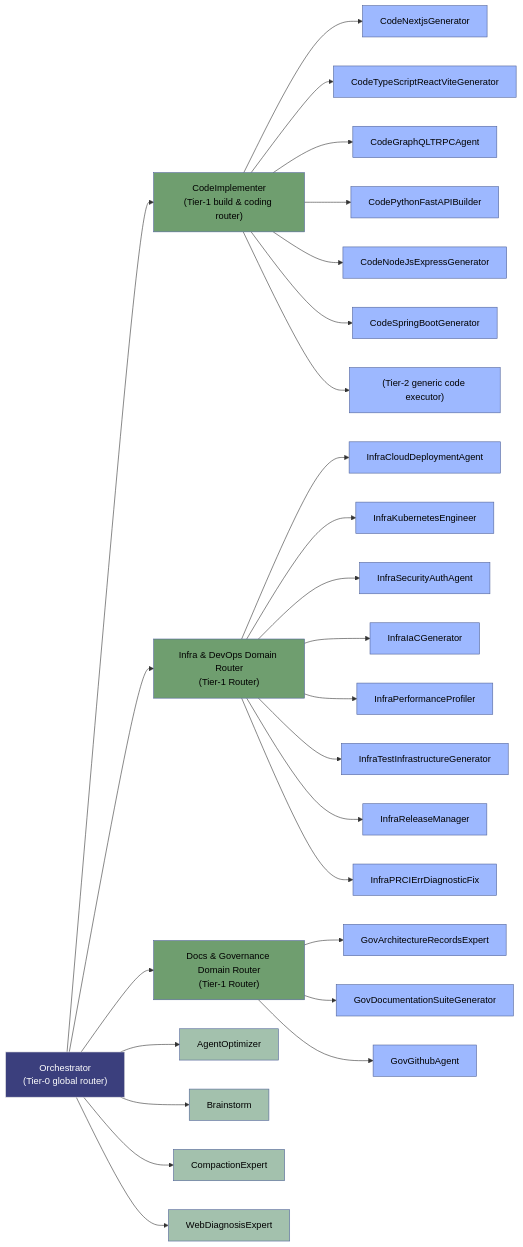
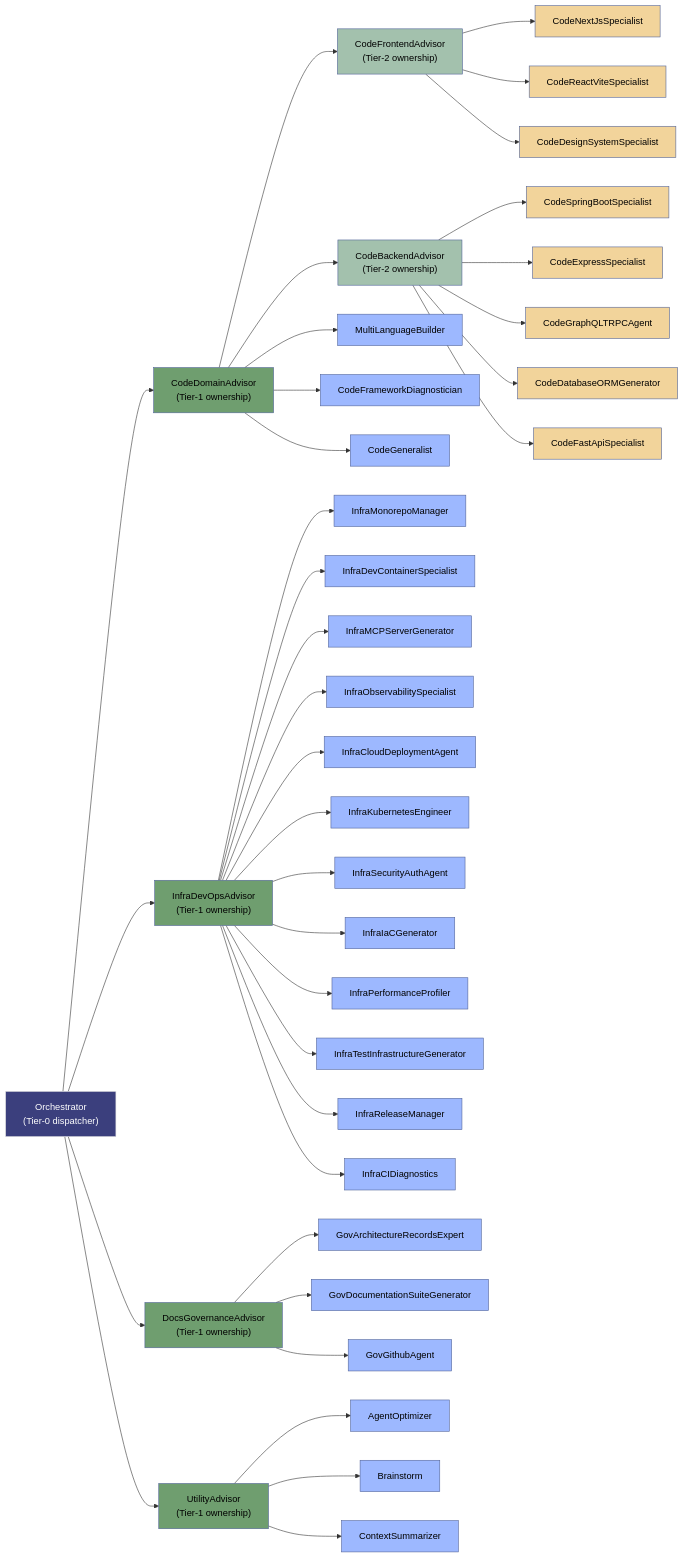
Before and after one commit to UtopikPrompt/agents: the second of 2 diagrams in README.md, drawn with Mermaid. The commit also changed other lines of this file and 30 other files, not shown here.

````diff
--- a/README.md
+++ b/README.md
@@ -22,42 +52,56 @@
 ```mermaid
 flowchart LR
-    O["Orchestrator<br/>(Tier-0 global router)"]
-    O --> CodeImplementer["CodeImplementer<br/>(Tier-1 build & coding router)"]
-    O --> InfraDevOpsDomainRouter["Infra & DevOps Domain Router<br/>(Tier-1 Router)"]
-    O --> DocsGovernanceDomainRouter["Docs & Governance Domain Router<br/>(Tier-1 Router)"]
-    O --> AgentOptimizer["AgentOptimizer"]
-    O --> Brainstorm["Brainstorm"]
-    O --> CompactionExpert["CompactionExpert"]
-    O --> WebDiagnosisExpert["WebDiagnosisExpert"]
+    O["Orchestrator<br/>(Tier-0 dispatcher)"]
+    O --> CodeDomainAdvisor["CodeDomainAdvisor<br/>(Tier-1 ownership)"]
+    O --> InfraDevOpsAdvisor["InfraDevOpsAdvisor<br/>(Tier-1 ownership)"]
+    O --> DocsGovernanceAdvisor["DocsGovernanceAdvisor<br/>(Tier-1 ownership)"]
+    O --> UtilityAdvisor["UtilityAdvisor<br/>(Tier-1 ownership)"]
+    CodeDomainAdvisor --> CodeFrontendAdvisor["CodeFrontendAdvisor<br/>(Tier-2 ownership)"]
+    CodeDomainAdvisor --> CodeBackendAdvisor["CodeBackendAdvisor<br/>(Tier-2 ownership)"]
+    CodeDomainAdvisor --> MultiLanguageBuilder["MultiLanguageBuilder"]
+    CodeDomainAdvisor --> CodeFrameworkDiagnostician["CodeFrameworkDiagnostician"]
+    CodeDomainAdvisor --> CodeGeneralist["CodeGeneralist"]
 
-    CodeImplementer --> CodeNextjsGenerator["CodeNextjsGenerator"]
-    CodeImplementer --> CodeTypeScriptReactViteGenerator["CodeTypeScriptReactViteGenerator"]
-    CodeImplementer --> CodeGraphQLTRPCAgent["CodeGraphQLTRPCAgent"]
-    CodeImplementer --> CodePythonFastAPIBuilder["CodePythonFastAPIBuilder"]
-    CodeImplementer --> CodeNodeJsExpressGenerator["CodeNodeJsExpressGenerator"]
-    CodeImplementer --> CodeSpringBootGenerator["CodeSpringBootGenerator"]
-    CodeImplementer --> GenericExecutor["(Tier-2 generic code executor)"]
+    CodeFrontendAdvisor --> CodeNextJsSpecialist["CodeNextJsSpecialist"]
+    CodeFrontendAdvisor --> CodeReactViteSpecialist["CodeReactViteSpecialist"]
+    CodeFrontendAdvisor --> CodeDesignSystemSpecialist["CodeDesignSystemSpecialist"]
 
-    InfraDevOpsDomainRouter --> InfraCloudDeploymentAgent["InfraCloudDeploymentAgent"]
-    InfraDevOpsDomainRouter --> InfraKubernetesEngineer["InfraKubernetesEngineer"]
-    InfraDevOpsDomainRouter --> InfraSecurityAuthAgent["InfraSecurityAuthAgent"]
-    InfraDevOpsDomainRouter --> InfraIaCGenerator["InfraIaCGenerator"]
-    InfraDevOpsDomainRouter --> InfraPerformanceProfiler["InfraPerformanceProfiler"]
-    InfraDevOpsDomainRouter --> InfraTestInfrastructureGenerator["InfraTestInfrastructureGenerator"]
-    InfraDevOpsDomainRouter --> InfraReleaseManager["InfraReleaseManager"]
-    InfraDevOpsDomainRouter --> InfraPRCIErrDiagnosticFix["InfraPRCIErrDiagnosticFix"]
+    CodeBackendAdvisor --> CodeSpringBootSpecialist["CodeSpringBootSpecialist"]
+    CodeBackendAdvisor --> CodeExpressSpecialist["CodeExpressSpecialist"]
+    CodeBackendAdvisor --> CodeGraphQLTRPCAgent["CodeGraphQLTRPCAgent"]
+    CodeBackendAdvisor --> CodeDatabaseORMGenerator["CodeDatabaseORMGenerator"]
+    CodeBackendAdvisor --> CodeFastApiSpecialist["CodeFastApiSpecialist"]
 
-    DocsGovernanceDomainRouter --> GovArchitectureRecordsExpert["GovArchitectureRecordsExpert"]
-    DocsGovernanceDomainRouter --> GovDocumentationSuiteGenerator["GovDocumentationSuiteGenerator"]
-    DocsGovernanceDomainRouter --> GovGithubAgent["GovGithubAgent"]
+    InfraDevOpsAdvisor --> InfraMonorepoManager["InfraMonorepoManager"]
+    InfraDevOpsAdvisor --> InfraDevContainerSpecialist["InfraDevContainerSpecialist"]
+    InfraDevOpsAdvisor --> InfraMCPServerGenerator["InfraMCPServerGenerator"]
+    InfraDevOpsAdvisor --> InfraObservabilitySpecialist["InfraObservabilitySpecialist"]
+    InfraDevOpsAdvisor --> InfraCloudDeploymentAgent["InfraCloudDeploymentAgent"]
+    InfraDevOpsAdvisor --> InfraKubernetesEngineer["InfraKubernetesEngineer"]
+    InfraDevOpsAdvisor --> InfraSecurityAuthAgent["InfraSecurityAuthAgent"]
+    InfraDevOpsAdvisor --> InfraIaCGenerator["InfraIaCGenerator"]
+    InfraDevOpsAdvisor --> InfraPerformanceProfiler["InfraPerformanceProfiler"]
+    InfraDevOpsAdvisor --> InfraTestInfrastructureGenerator["InfraTestInfrastructureGenerator"]
+    InfraDevOpsAdvisor --> InfraReleaseManager["InfraReleaseManager"]
+    InfraDevOpsAdvisor --> InfraCIDiagnostics["InfraCIDiagnostics"]
+
+    DocsGovernanceAdvisor --> GovArchitectureRecordsExpert["GovArchitectureRecordsExpert"]
+    DocsGovernanceAdvisor --> GovDocumentationSuiteGenerator["GovDocumentationSuiteGenerator"]
+    DocsGovernanceAdvisor --> GovGithubAgent["GovGithubAgent"]
+
+    UtilityAdvisor --> AgentOptimizer["AgentOptimizer"]
+    UtilityAdvisor --> Brainstorm["Brainstorm"]
+    UtilityAdvisor --> ContextSummarizer["ContextSummarizer"]
 
     classDef hub fill:#3b3f7d,stroke:#e0e0e0,color:#fff;
     classDef router fill:#6f9e6f,stroke:#516399,color:#000;
-    classDef tier1 fill:#a3c1ad,stroke:#516399,color:#000;
+    classDef subrouter fill:#a3c1ad,stroke:#516399,color:#000;
     classDef tier2 fill:#9db8ff,stroke:#516399,color:#000;
+    classDef tier3 fill:#f2d49b,stroke:#516399,color:#000;
     
     class O hub;
-    class CodeImplementer,InfraDevOpsDomainRouter,DocsGovernanceDomainRouter router;
-    class AgentOptimizer,Brainstorm,CompactionExpert,WebDiagnosisExpert tier1;
-    class CodeNextjsGenerator,CodeTypeScriptReactViteGenerator,CodeGraphQLTRPCAgent,CodePythonFastAPIBuilder,CodeNodeJsExpressGenerator,CodeSpringBootGenerator,GenericExecutor,InfraMonorepoManager,InfraDevContainerOrchestrator,InfraMCPServerGenerator,InfraCloudDeploymentAgent,InfraKubernetesEngineer,InfraSecurityAuthAgent,InfraIaCGenerator,InfraPerformanceProfiler,InfraTestInfrastructureGenerator,InfraReleaseManager,InfraPRCIErrDiagnosticFix,GovArchitectureRecordsExpert,GovDocumentationSuiteGenerator,GovGithubAgent tier2;
+    class CodeDomainAdvisor,InfraDevOpsAdvisor,DocsGovernanceAdvisor,UtilityAdvisor router;
+    class CodeFrontendAdvisor,CodeBackendAdvisor subrouter;
+    class CodeNextJsSpecialist,CodeReactViteSpecialist,CodeGraphQLTRPCAgent,CodeFastApiSpecialist,CodeExpressSpecialist,CodeSpringBootSpecialist,CodeDatabaseORMGenerator,CodeDesignSystemSpecialist tier3;
+    class AgentOptimizer,Brainstorm,ContextSummarizer,CodeGeneralist,CodeFrameworkDiagnostician,MultiLanguageBuilder,InfraObservabilitySpecialist,InfraMonorepoManager,InfraDevContainerSpecialist,InfraMCPServerGenerator,InfraCloudDeploymentAgent,InfraKubernetesEngineer,InfraSecurityAuthAgent,InfraIaCGenerator,InfraPerformanceProfiler,InfraTestInfrastructureGenerator,InfraReleaseManager,InfraCIDiagnostics,GovArchitectureRecordsExpert,GovDocumentationSuiteGenerator,GovGithubAgent tier2;
 ```
````
